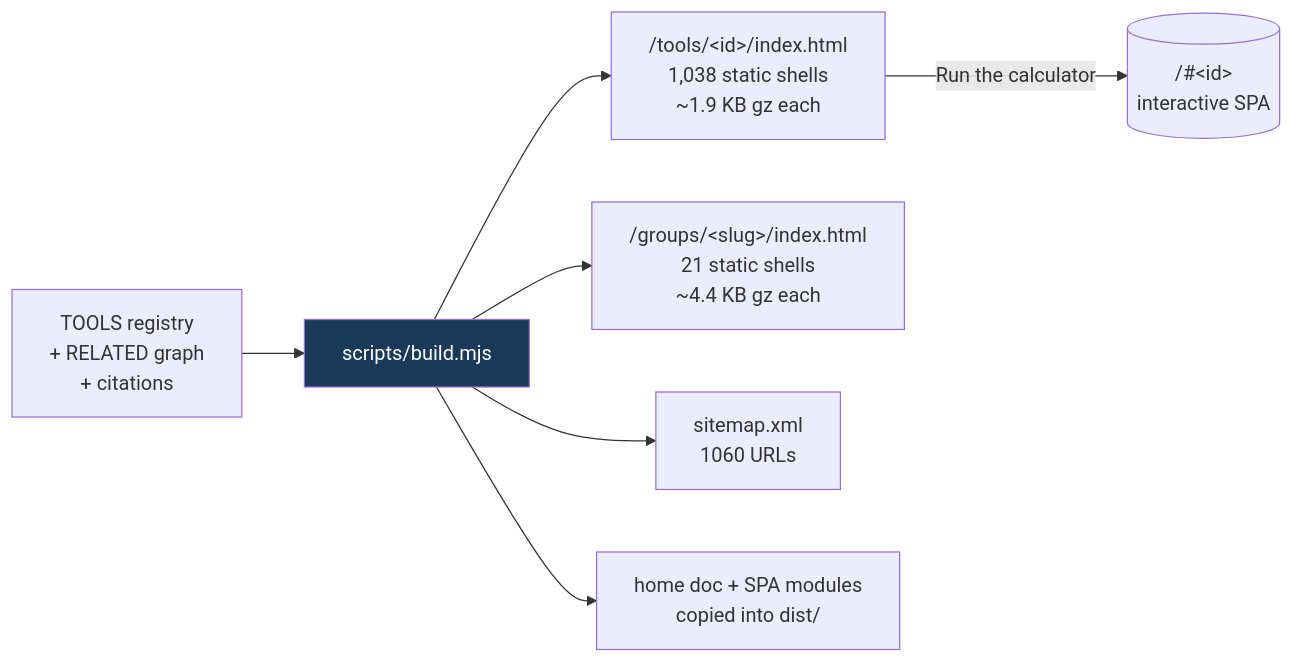
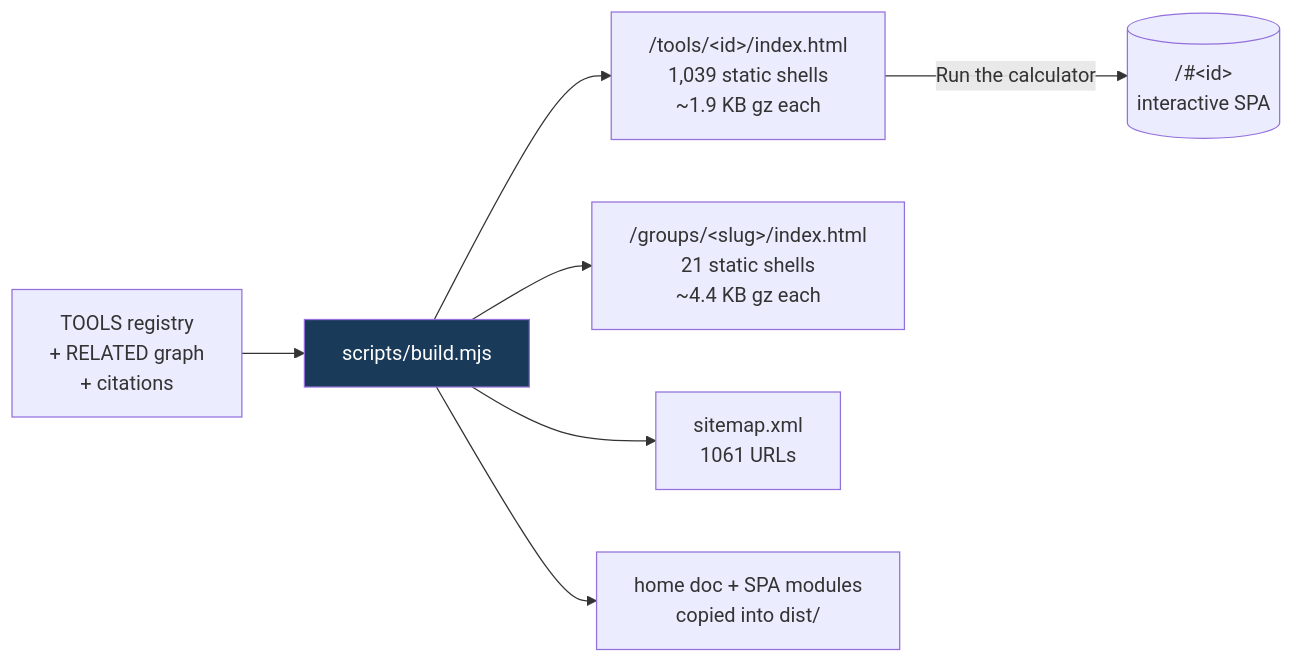
Before and after one commit to clay-good/roughlogic.com: the fifth of 8 diagrams in README.md, drawn with Mermaid. The commit also changed other lines of this file and 12 other files, not shown here.

````diff
--- a/README.md
+++ b/README.md
@@ -495,10 +495,10 @@
 ```mermaid
 flowchart LR
     SRC[TOOLS registry\n+ RELATED graph\n+ citations] --> BUILD[scripts/build.mjs]
-    BUILD --> TILE["/tools/&lt;id&gt;/index.html\n1,038 static shells\n~1.9 KB gz each"]
+    BUILD --> TILE["/tools/&lt;id&gt;/index.html\n1,039 static shells\n~1.9 KB gz each"]
     BUILD --> GROUP["/groups/&lt;slug&gt;/index.html\n21 static shells\n~4.4 KB gz each"]
-    BUILD --> MAP["sitemap.xml\n1060 URLs"]
+    BUILD --> MAP["sitemap.xml\n1061 URLs"]
     BUILD --> COPY[home doc + SPA modules\ncopied into dist/]
     TILE -->|Run the calculator| SPA[("/#&lt;id&gt;\ninteractive SPA")]
     style BUILD fill:#1a3a5a,color:#fff
 ```
````
